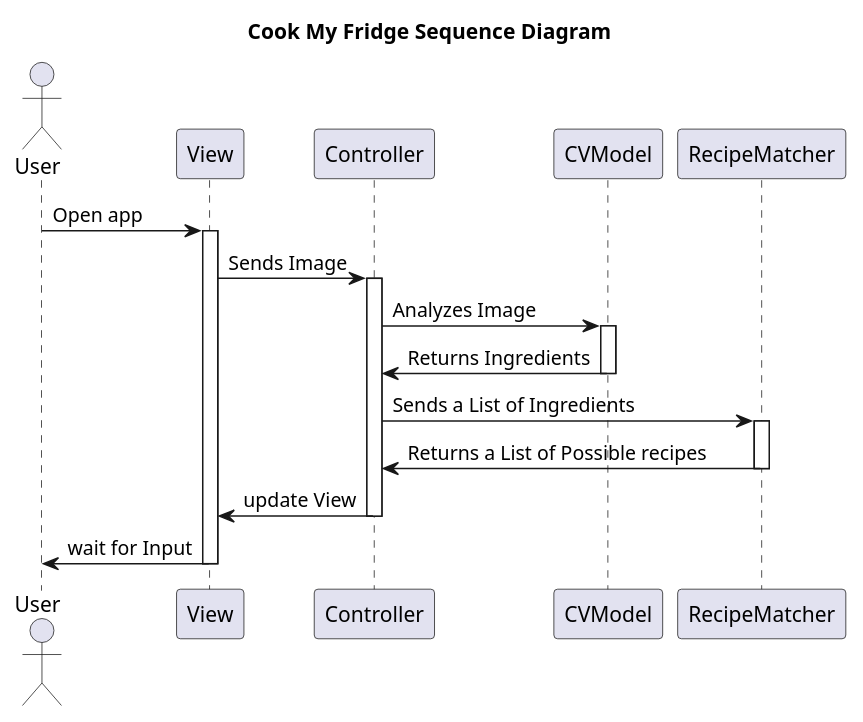
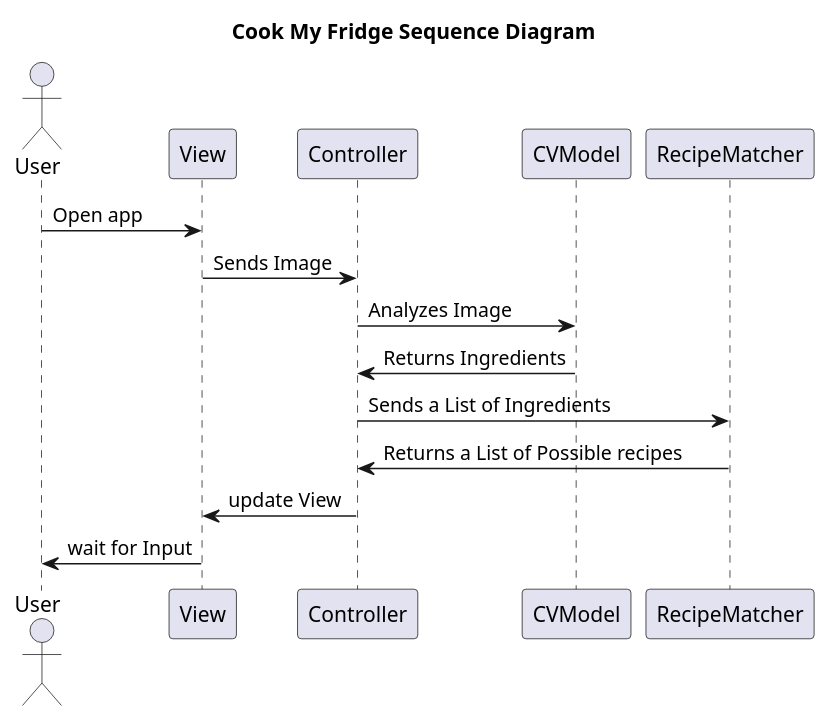
One commit to schniti269/YOLOV9-WORLD-FRIDGE changed the diagram in sequence CookMyFridge.plantuml. Above: the diagram before and after it, drawn with PlantUML. The commit also changed 8 other files, not shown here.

```diff
--- a/sequence CookMyFridge.plantuml
+++ b/sequence CookMyFridge.plantuml
@@ -1,29 +1,24 @@
 @startuml
 title Cook My Fridge Sequence Diagram
 
 actor User
 participant View
 participant Controller
 participant CVModel
 participant RecipeMatcher
 
+
 User -> View: Open app
-activate View
 View -> Controller: Sends Image
-activate Controller
 Controller -> CVModel: Analyzes Image
-activate CVModel
 CVModel -> Controller: Returns Ingredients
-deactivate CVModel
 
 Controller-> RecipeMatcher: Sends a List of Ingredients
-activate RecipeMatcher
 RecipeMatcher-> Controller: Returns a List of Possible recipes
-deactivate RecipeMatcher
 
 Controller-> View: update View
-deactivate Controller
+
 View -> User : wait for Input
-deactivate View
+
 
 @enduml
```
